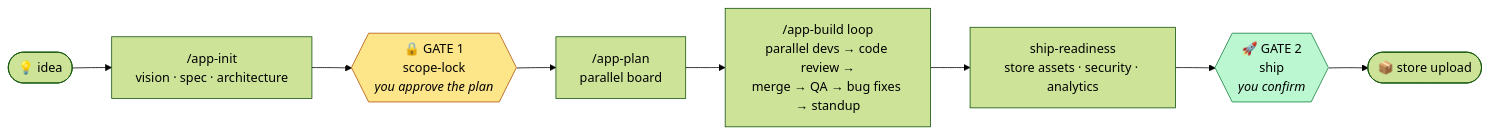
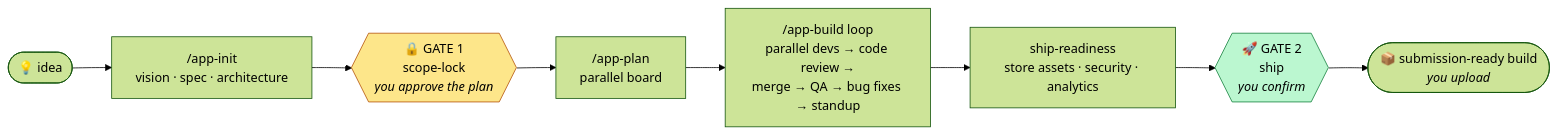
Before and after one commit to vmobifystudio/app-dev-team: the second of 3 diagrams in README.md, drawn with Mermaid (forest theme). The commit also changed other lines of this file and 7 other files, not shown here.

````diff
--- a/README.md
+++ b/README.md
@@ -115,13 +115,13 @@
 ```mermaid
 flowchart LR
     A([💡 idea]) --> B["/app-init<br/>vision · spec · architecture"]
     B --> G1{{"🔒 GATE 1<br/>scope-lock<br/><i>you approve the plan</i>"}}
     G1 --> C["/app-plan<br/>parallel board"]
     C --> D["/app-build loop<br/>parallel devs → code review →<br/>merge → QA → bug fixes → standup"]
     D --> E["ship-readiness<br/>store assets · security · analytics"]
     E --> G2{{"🚀 GATE 2<br/>ship<br/><i>you confirm</i>"}}
-    G2 --> F([📦 store upload])
+    G2 --> F([📦 submission-ready build<br/><i>you upload</i>])
 
     style G1 fill:#fde68a,stroke:#b45309,color:#000
     style G2 fill:#bbf7d0,stroke:#15803d,color:#000
 ```
````
